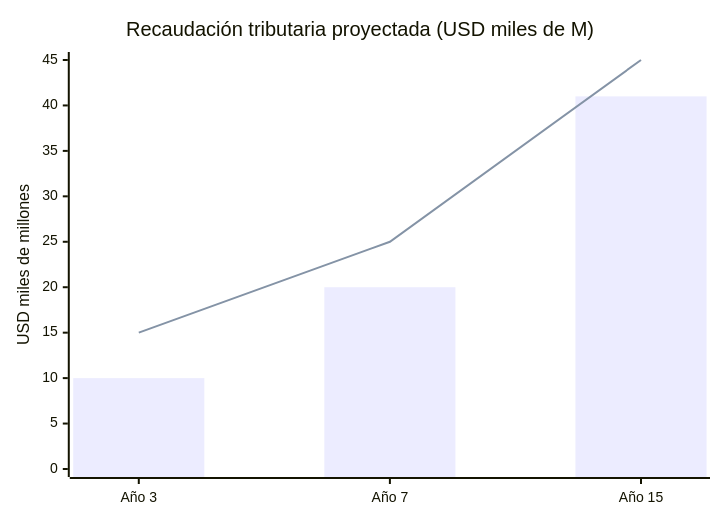
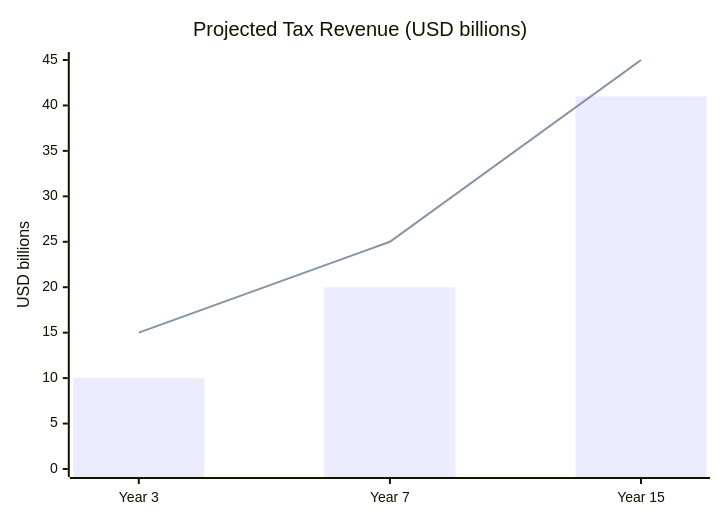
The sixth of 14 diagrams in i18n/en/docusaurus-plugin-content-docs/current/04-gobernanza/modelo-estado.md (Venezuela-S-A/venezuela-sa), drawn with Mermaid before and after one commit. The commit also changed other lines of this file and 127 other files, not shown here.

````diff
--- a/i18n/en/docusaurus-plugin-content-docs/current/04-gobernanza/modelo-estado.md
+++ b/i18n/en/docusaurus-plugin-content-docs/current/04-gobernanza/modelo-estado.md
@@ -159,8 +536,8 @@
 ```mermaid
 xychart-beta
-    title "Recaudación tributaria proyectada (USD miles de M)"
-    x-axis ["Año 3", "Año 7", "Año 15"]
-    y-axis "USD miles de millones" 0 --> 45
+    title "Projected Tax Revenue (USD billions)"
+    x-axis ["Year 3", "Year 7", "Year 15"]
+    y-axis "USD billions" 0 --> 45
     bar [10, 20, 41]
     line [15, 25, 45]
 ```
````
